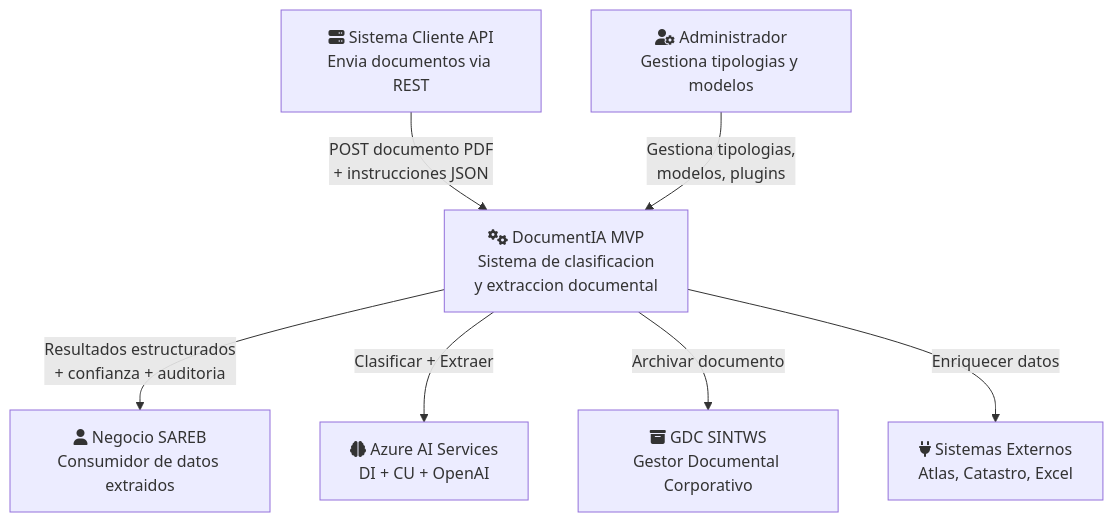
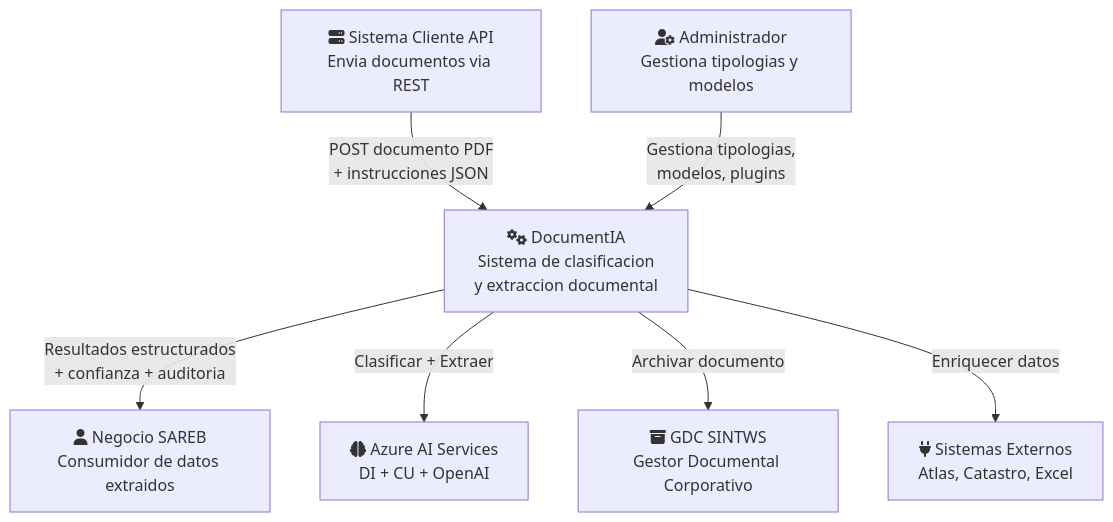
The fifth of 6 diagrams in docs/01_ARQUITECTURA_SISTEMA.md (nvcrisologo02/AI-DocClassExt), drawn with Mermaid before and after one commit. The commit also changed other lines of this file and 19 other files, not shown here.

````diff
--- a/docs/01_ARQUITECTURA_SISTEMA.md
+++ b/docs/01_ARQUITECTURA_SISTEMA.md
@@ -415,20 +415,20 @@
 ```mermaid
 flowchart TB
     SAREB_USER["fa:fa-user Negocio SAREB<br/>Consumidor de datos extraidos"]
     ADMIN_USER["fa:fa-user-cog Administrador<br/>Gestiona tipologias y modelos"]
     CLIENT_SYS["fa:fa-server Sistema Cliente API<br/>Envia documentos via REST"]
 
-    DOCUMENTIA["fa:fa-cogs DocumentIA MVP<br/>Sistema de clasificacion<br/>y extraccion documental"]
+    DOCUMENTIA["fa:fa-cogs DocumentIA<br/>Sistema de clasificacion<br/>y extraccion documental"]
 
     GDC_EXT["fa:fa-archive GDC SINTWS<br/>Gestor Documental Corporativo"]
     AI_EXT["fa:fa-brain Azure AI Services<br/>DI + CU + OpenAI"]
     PLUGINS_EXT["fa:fa-plug Sistemas Externos<br/>Atlas, Catastro, Excel"]
 
     CLIENT_SYS -->|"POST documento PDF<br/>+ instrucciones JSON"| DOCUMENTIA
     ADMIN_USER -->|"Gestiona tipologias,<br/>modelos, plugins"| DOCUMENTIA
     DOCUMENTIA -->|"Resultados estructurados<br/>+ confianza + auditoria"| SAREB_USER
 
     DOCUMENTIA -->|"Clasificar + Extraer"| AI_EXT
     DOCUMENTIA -->|"Archivar documento"| GDC_EXT
     DOCUMENTIA -->|"Enriquecer datos"| PLUGINS_EXT
 ```
````
